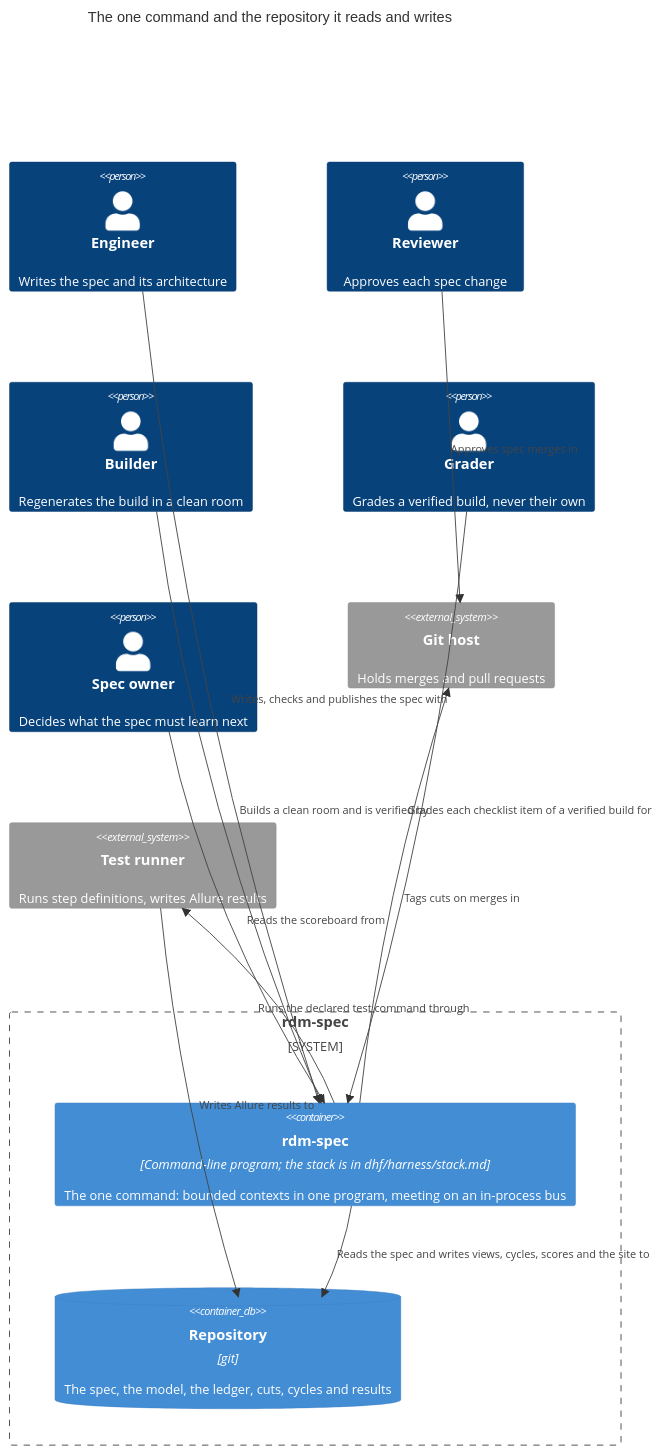
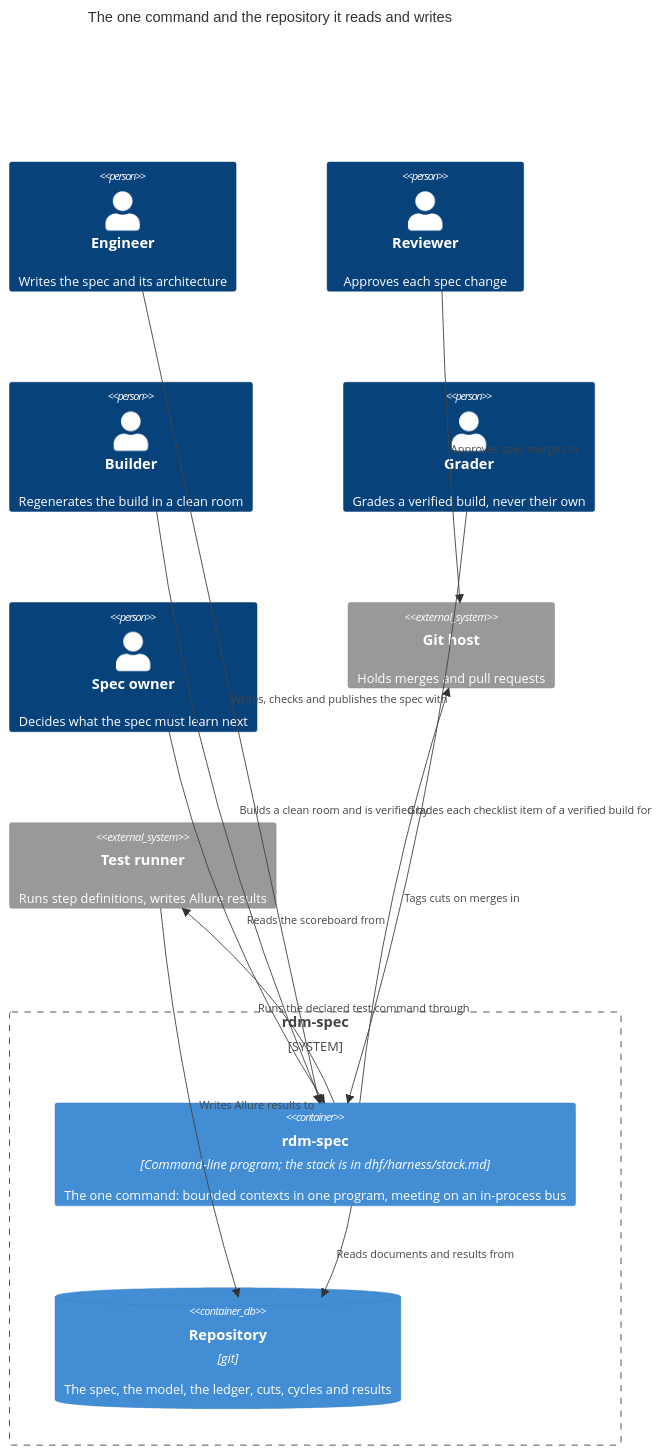
The diagram in dhf/views/containers.mmd (scope-impact/rdm), drawn with Mermaid before and after one commit. The commit also changed 33 other files, not shown here.

First line of the commit message:
spec-28: rdm-spec builds the grading rooms, scores several graders, fills briefs

```diff
--- a/dhf/views/containers.mmd
+++ b/dhf/views/containers.mmd
@@ -1,23 +1,40 @@
-%% model-sha256: ef11124555c872a1e5ea5bc13d8a151fae5bd07565185d2502a47b409655257a; generated by rdm-spec views from dhf/spec/model.edn, view "containers"; do not edit
+%% model-sha256: fadefc45c02268d1e7f0b91f8520bf08d00db907a0410208af30aa9188855f35; generated by rdm-spec views from dhf/spec/model.edn, view "containers"; do not edit
 C4Container
 title The one command and the repository it reads and writes
 System_Boundary(boundary__rdm_spec_system, "rdm-spec") {
   Container(rdm_spec, "rdm-spec", "Command-line program; the stack is in dhf/harness/stack.md", "The one command: bounded contexts in one program, meeting on an in-process bus")
   ContainerDb(repository, "Repository", "git", "The spec, the model, the ledger, cuts, cycles and results")
 }
 Person(engineer, "Engineer", "Writes the spec and its architecture")
 Person(reviewer, "Reviewer", "Approves each spec change")
 Person(builder, "Builder", "Regenerates the build in a clean room")
 Person(grader, "Grader", "Grades a verified build, never their own")
 Person(spec_owner, "Spec owner", "Decides what the spec must learn next")
 System_Ext(git_host, "Git host", "Holds merges and pull requests")
 System_Ext(test_runner, "Test runner", "Runs step definitions, writes Allure results")
+Rel(engineer, rdm_spec, "Writes, checks and publishes the spec with")
 Rel(reviewer, git_host, "Approves spec merges in")
+Rel(builder, rdm_spec, "Builds a clean room and is verified by")
+Rel(grader, rdm_spec, "Grades each checklist item of a verified build for")
+Rel(spec_owner, rdm_spec, "Reads the scoreboard from")
 Rel(rdm_spec, git_host, "Tags cuts on merges in")
-Rel(spec_owner, rdm_spec, "Reads the scoreboard from")
+Rel(rdm_spec, test_runner, "Runs the declared test command through")
 Rel(test_runner, repository, "Writes Allure results to")
-Rel(engineer, rdm_spec, "Writes, checks and publishes the spec with")
-Rel(grader, rdm_spec, "Grades each checklist item of a verified build for")
-Rel(builder, rdm_spec, "Builds a clean room and is verified by")
-Rel(rdm_spec, test_runner, "Runs the declared test command through")
 Rel(rdm_spec, repository, "Reads the spec and writes views, cycles, scores and the site to")
+Rel(rdm_spec, repository, "Writes the skeleton to")
+Rel(rdm_spec, repository, "Adds the skeleton to")
+Rel(rdm_spec, repository, "Stamps features and advances the ledger in")
+Rel(rdm_spec, repository, "Writes views to")
+Rel(rdm_spec, repository, "Tags merges spec-N in")
+Rel(rdm_spec, repository, "Builds clean rooms from cuts in")
+Rel(rdm_spec, repository, "Reads cycle.edn and the cut, writes the cycle's results to")
+Rel(rdm_spec, repository, "Writes checklist.json to")
+Rel(rdm_spec, repository, "Reads cycle.edn, the checklist and verdicts, writes score.edn to")
+Rel(rdm_spec, repository, "Reads ratified.edn, the verified checkout and the cut from")
+Rel(rdm_spec, repository, "Reads scores from")
+Rel(rdm_spec, repository, "Reads fixtures and goldens from")
+Rel(rdm_spec, repository, "Reads two cuts from")
+Rel(rdm_spec, repository, "Reads views from and writes the site to")
+Rel(rdm_spec, repository, "Reads clause lists and documents from")
+Rel(rdm_spec, repository, "Writes each cycle's runs to")
+Rel(rdm_spec, repository, "Reads documents and results from")
```
